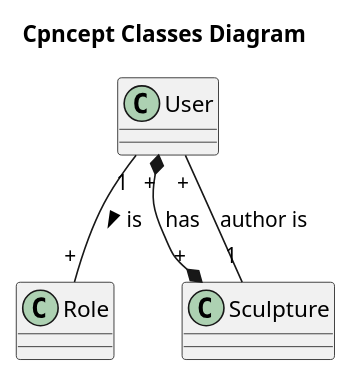
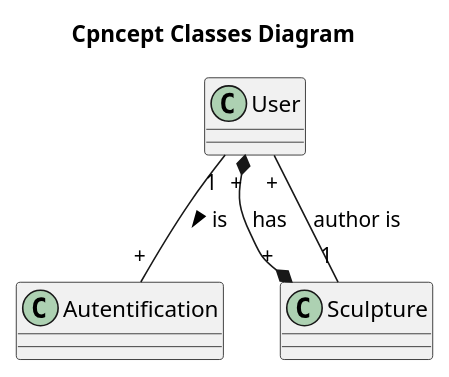
One commit to oleksandrblazhko/ai201-kelembet changed the diagram in 2-SoftwareDesign/2.7-PlantUML/UML-ConceptClasses.puml. Above: the diagram before and after it, drawn with PlantUML.

```diff
--- a/2-SoftwareDesign/2.7-PlantUML/UML-ConceptClasses.puml
+++ b/2-SoftwareDesign/2.7-PlantUML/UML-ConceptClasses.puml
@@ -1,13 +1,13 @@
 @startuml
 
 title Cpncept Classes Diagram 
 
 Class User
-Class Role
+Class Autentification
 Class Sculpture
 
-User"1" -- "+"Role: is >
+User"1" -- "+"Autentification: is >
 User"+" *--* "+"Sculpture : has
 Sculpture"1" -- "+"User: author is
 
 @enduml
```
